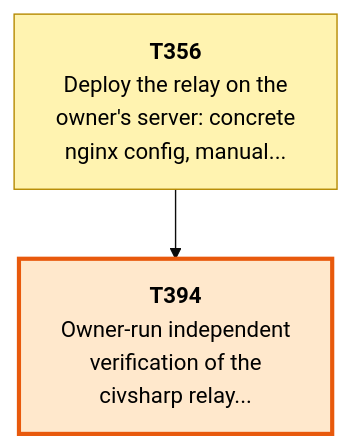
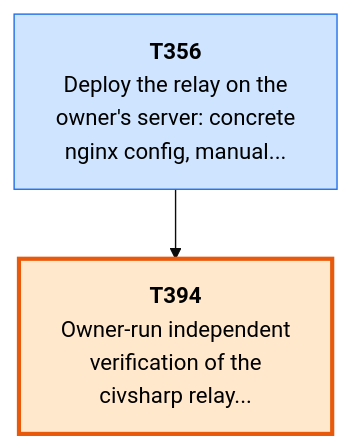
One commit to Kenmura/UncivSharp changed the first of 6 diagrams in csharp/migration/DEPENDENCY_MAP.md. Above: the diagram before and after it, drawn with Mermaid (base theme). The commit also changed other lines of this file and 1 other file, not shown here.

Commit message:
Docs done: SETUP.md worked example (mode B + NPM cert, contact, 7-day retention, verify commands), deploy/env.mode-b-npm.example, deploy/CONNECTIVITY.md matrix (R1 owner-verified but NOT independent; R5/R6 verified locally with a self-made cert; R2-R4,R7-R9,R13 UNVERIFIED -> T394; R10-R12 -> T355). Docker unavailable here (Podman only), container not exercised. R13 source scans now allow nickthorsen.com / civsharp.nickthorsen.com.

````diff
--- a/csharp/migration/DEPENDENCY_MAP.md
+++ b/csharp/migration/DEPENDENCY_MAP.md
@@ -57,15 +57,15 @@
 ```mermaid
 flowchart TD
   T356["<b>T356</b><br/>Deploy the relay on the<br/>owner's server: concrete<br/>nginx config, manual..."]
   T394["<b>T394</b><br/>Owner-run independent<br/>verification of the<br/>civsharp relay..."]
   T356 --> T394
   classDef waiting fill:#f3faf3,stroke:#9bc49b,color:#555,stroke-dasharray:2 2
   classDef ondeck fill:#ffe8cc,stroke:#e8590c,stroke-width:3px,color:#000
   classDef ready fill:#7ee787,stroke:#1a7f37,stroke-width:3px,color:#000
   classDef prog fill:#fff3b0,stroke:#b58900,color:#000
   classDef review fill:#cfe4ff,stroke:#1f6feb,color:#000
   classDef blocked fill:#ffd6d6,stroke:#c62828,color:#000
   classDef done fill:#eeeeee,stroke:#999999,color:#666,stroke-dasharray:4 3
-  class T356 prog
+  class T356 review
   class T394 ondeck
 ```
````
